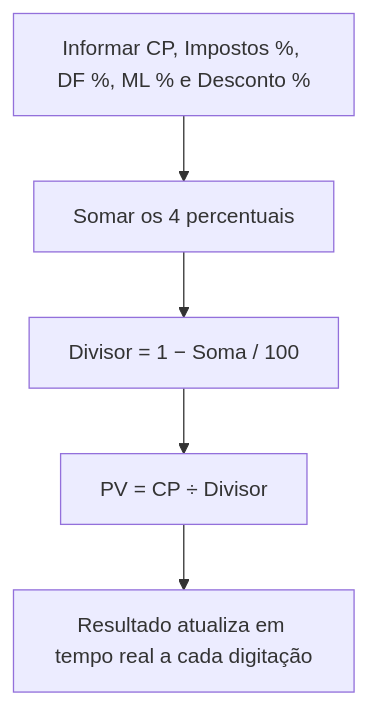
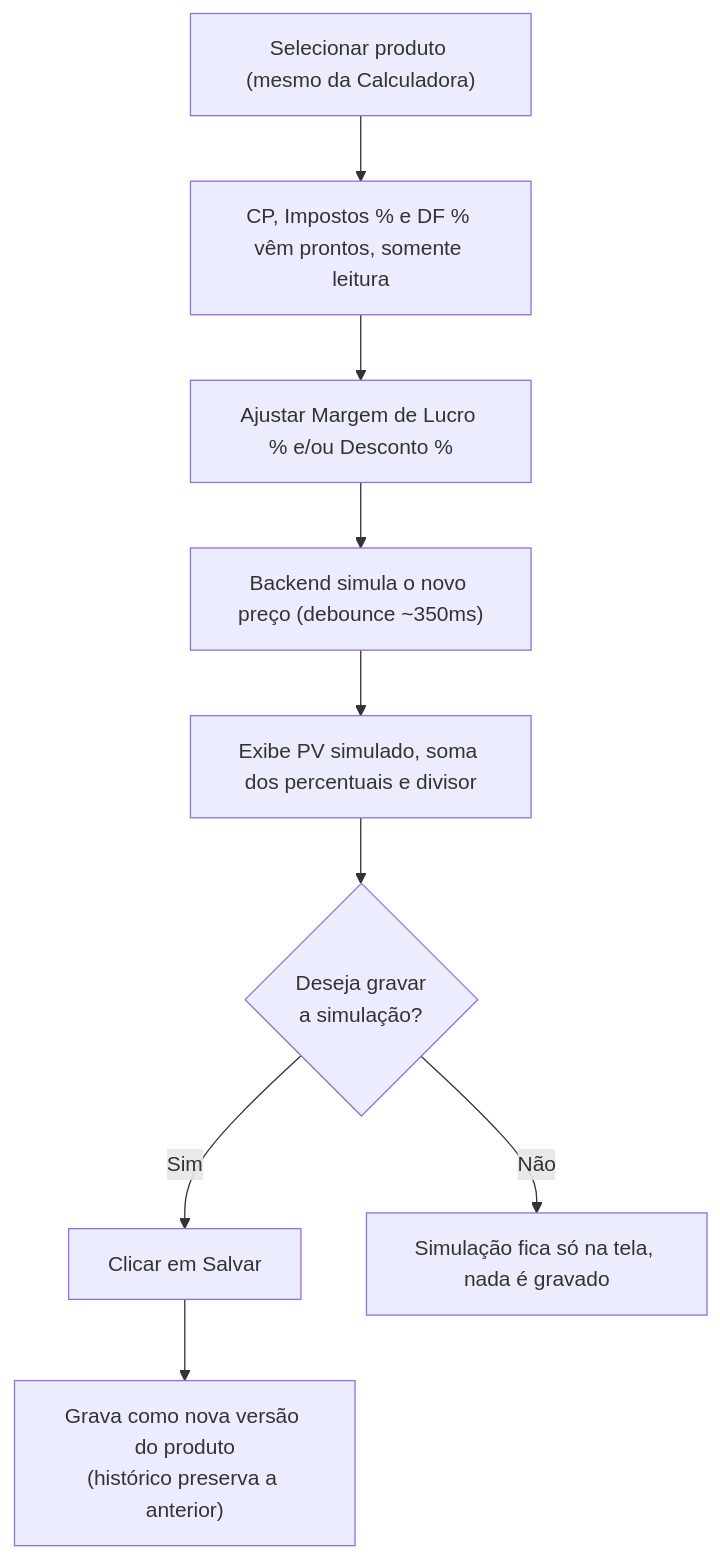
One commit to edvaldosm/markup-front changed the second of 2 diagrams in docs/manual/09-precificacao.md. Above: the diagram before and after it, drawn with Mermaid. The commit also changed other lines of this file and 15 other files, not shown here.

````diff
--- a/docs/manual/09-precificacao.md
+++ b/docs/manual/09-precificacao.md
@@ -56,7 +51,11 @@
 ```mermaid
 flowchart TD
-    A["Informar CP, Impostos %, DF %, ML % e Desconto %"] --> B["Somar os 4 percentuais"]
-    B --> C["Divisor = 1 − Soma / 100"]
-    C --> D["PV = CP ÷ Divisor"]
-    D --> E["Resultado atualiza em tempo real a cada digitação"]
+    A["Selecionar produto (mesmo da Calculadora)"] --> B["CP, Impostos % e DF % vêm prontos, somente leitura"]
+    B --> C["Ajustar Margem de Lucro % e/ou Desconto %"]
+    C --> D["Backend simula o novo preço (debounce ~350ms)"]
+    D --> E["Exibe PV simulado, soma dos percentuais e divisor"]
+    E --> F{Deseja gravar\na simulação?}
+    F -- Sim --> G["Clicar em Salvar"]
+    G --> H["Grava como nova versão do produto\n(histórico preserva a anterior)"]
+    F -- Não --> I["Simulação fica só na tela, nada é gravado"]
 ```
````
